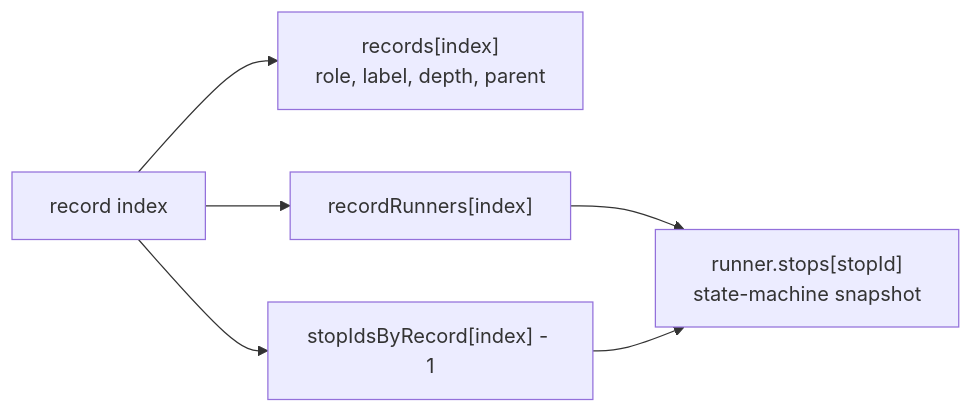
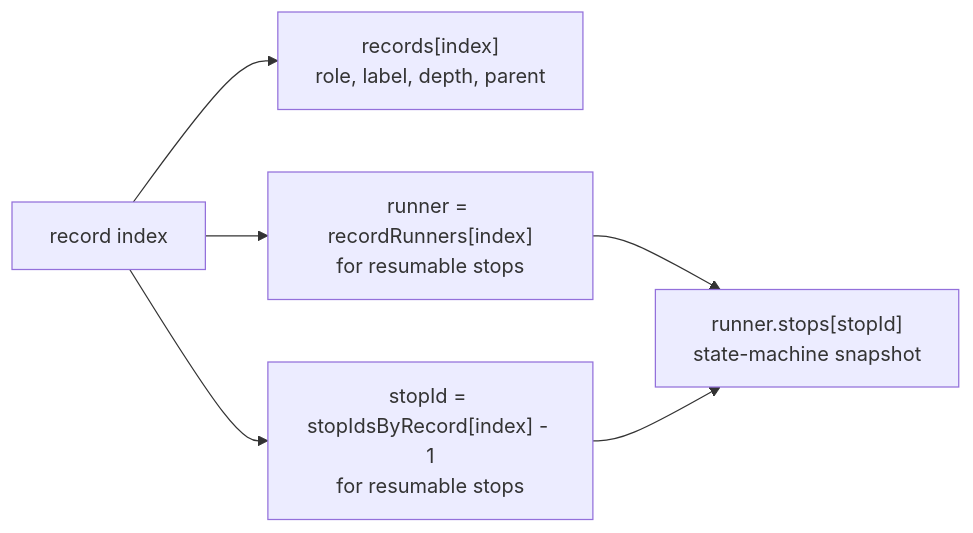
One commit to akeit0/AsyncPlayback changed the first of 8 diagrams in docs/minimum-playback-algorithm.md. Above: the diagram before and after it, drawn with Mermaid. The commit also changed other lines of this file and 3 other files, not shown here.

````diff
--- a/docs/minimum-playback-algorithm.md
+++ b/docs/minimum-playback-algorithm.md
@@ -354,14 +114,14 @@
 ```mermaid
 flowchart LR
     RecordIndex["record index"]
     Record["records[index]<br/>role, label, depth, parent"]
-    RunnerMap["recordRunners[index]"]
-    StopMap["stopIdsByRecord[index] - 1"]
+    RunnerMap["runner = recordRunners[index]<br/>for resumable stops"]
+    StopMap["stopId = stopIdsByRecord[index] - 1<br/>for resumable stops"]
     RunnerStop["runner.stops[stopId]<br/>state-machine snapshot"]
 
     RecordIndex --> Record
     RecordIndex --> RunnerMap
     RecordIndex --> StopMap
     RunnerMap --> RunnerStop
     StopMap --> RunnerStop
 ```
````
